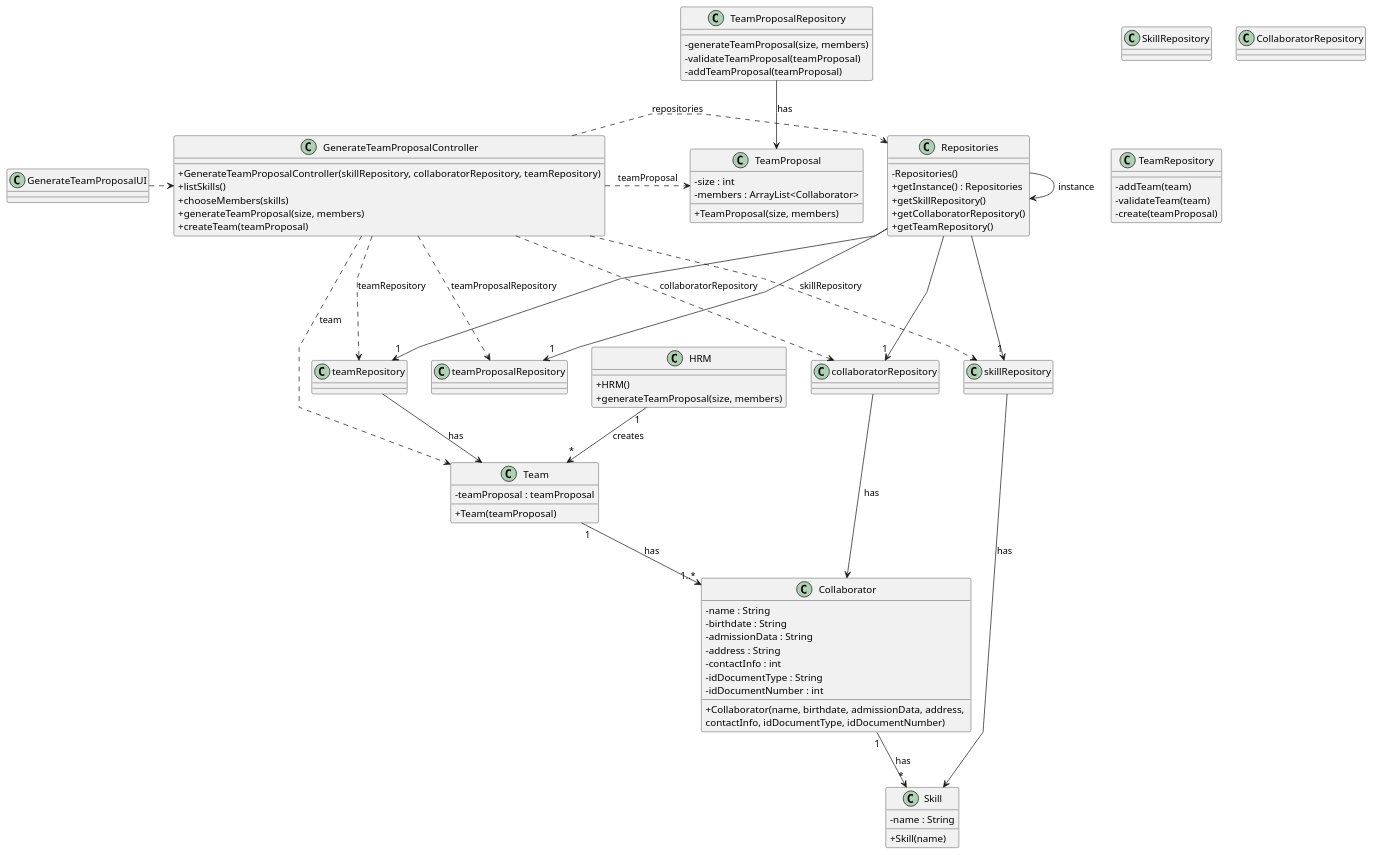
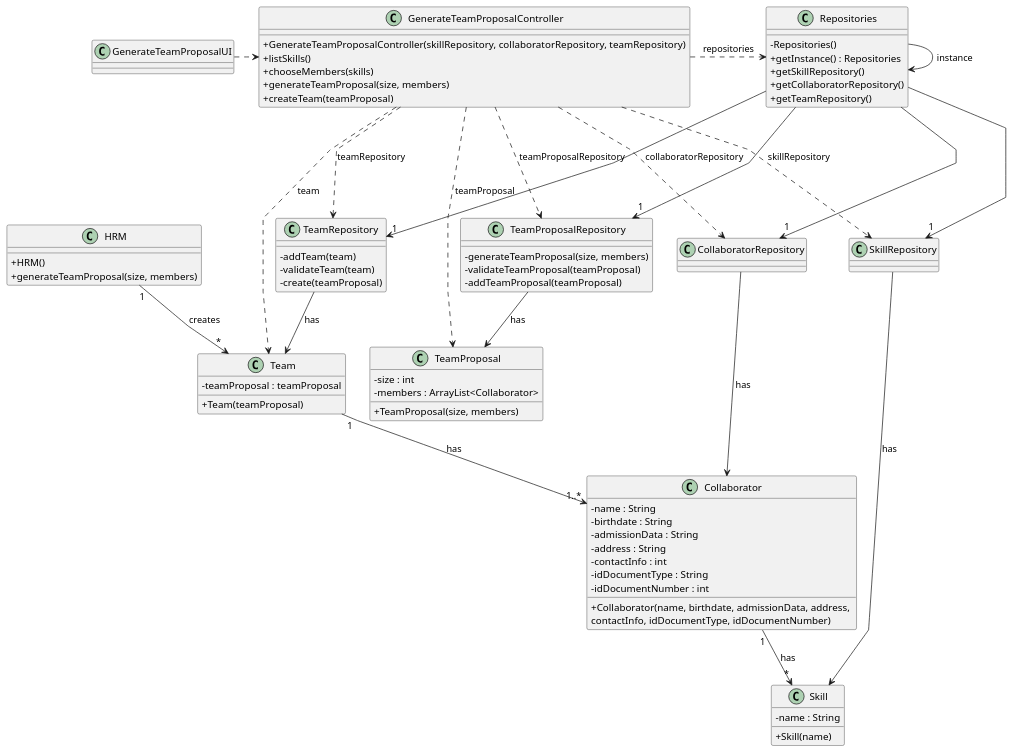
The diagram in docs/sprintB/us005/03.design/puml/us005-class-diagram.puml (diogoveirospro/lei-24-s2-1dg-g072), drawn with PlantUML before and after one commit.

Commit message:
US005's Class Diagram

```diff
--- a/docs/sprintB/us005/03.design/puml/us005-class-diagram.puml
+++ b/docs/sprintB/us005/03.design/puml/us005-class-diagram.puml
@@ -1,111 +1,111 @@
 @startuml
 'skinparam monochrome true
 skinparam packageStyle rectangle
 skinparam shadowing false
 skinparam linetype polyline
 'skinparam linetype orto
 
 skinparam classAttributeIconSize 0
 
 'left to right direction
 
 class HRM {
     + HRM()
     + generateTeamProposal(size, members)
 }
 
 class GenerateTeamProposalController {
     + GenerateTeamProposalController(skillRepository, collaboratorRepository, teamRepository)
     + listSkills()
     + chooseMembers(skills)
     + generateTeamProposal(size, members)
     + createTeam(teamProposal)
 }
 
 
 class GenerateTeamProposalUI {
 }
 
 class Repositories {
     - Repositories()
     + getInstance() : Repositories
     + getSkillRepository()
     + getCollaboratorRepository()
     + getTeamRepository()
 
 }
 
 class SkillRepository {
 
 }
 
 class CollaboratorRepository {
 
 }
 
 class TeamProposalRepository {
     - generateTeamProposal(size, members)
     - validateTeamProposal(teamProposal)
     - addTeamProposal(teamProposal)
 }
 
 class TeamRepository {
     - addTeam(team)
     - validateTeam(team)
     - create(teamProposal)
 }
 
 class TeamProposal {
     - size : int
     - members : ArrayList<Collaborator>
     + TeamProposal(size, members)
 }
 
 class Team {
     - teamProposal : teamProposal
     + Team(teamProposal)
 }
 
 class Collaborator {
     - name : String
     - birthdate : String
     - admissionData : String
     - address : String
     - contactInfo : int
     - idDocumentType : String
     - idDocumentNumber : int
     + Collaborator(name, birthdate, admissionData, address, \ncontactInfo, idDocumentType, idDocumentNumber)
 }
 
 class Skill {
     - name : String
     + Skill(name)
 }
 
 GenerateTeamProposalUI .> GenerateTeamProposalController
 GenerateTeamProposalController .> Repositories : repositories
 Repositories --> Repositories : instance
 
-Repositories ---> "1" skillRepository
-Repositories ---> "1" collaboratorRepository
-Repositories ---> "1" teamProposalRepository
-Repositories ---> "1" teamRepository
+Repositories ---> "1" SkillRepository
+Repositories ---> "1" CollaboratorRepository
+Repositories ---> "1" TeamProposalRepository
+Repositories ---> "1" TeamRepository
 
-GenerateTeamProposalController .> skillRepository : skillRepository
-GenerateTeamProposalController .> collaboratorRepository : collaboratorRepository
-GenerateTeamProposalController .> teamRepository : teamRepository
-GenerateTeamProposalController .> teamProposalRepository : teamProposalRepository
+GenerateTeamProposalController .> SkillRepository : skillRepository
+GenerateTeamProposalController .> CollaboratorRepository : collaboratorRepository
+GenerateTeamProposalController .> TeamRepository : teamRepository
+GenerateTeamProposalController .> TeamProposalRepository : teamProposalRepository
 
 HRM "1" --> "*" Team : creates
 Team "1" --> "1..*" Collaborator : has
 Collaborator "1" --> "*" Skill : has
 
 GenerateTeamProposalController .> TeamProposal : teamProposal
 GenerateTeamProposalController .> Team : team
-skillRepository --> Skill : has
-collaboratorRepository --> Collaborator : has
-teamRepository --> Team : has
+SkillRepository --> Skill : has
+CollaboratorRepository --> Collaborator : has
+TeamRepository --> Team : has
 TeamProposalRepository --> TeamProposal : has
 
 
 @enduml
```
